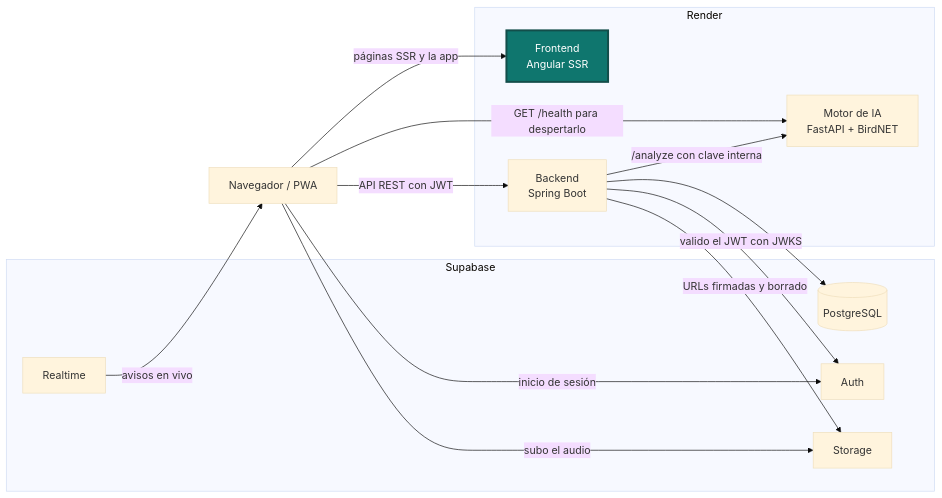
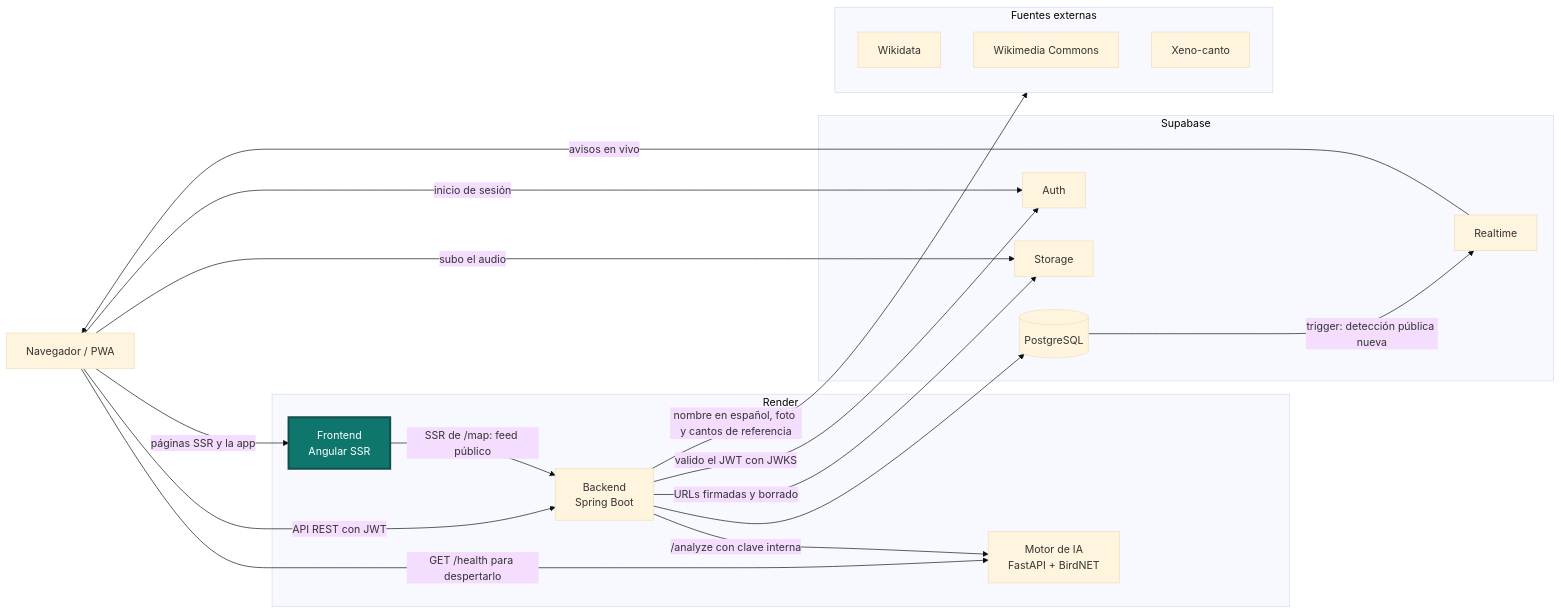
The first of 3 diagrams in README.md (solartedaniers/AlaSonora-Frontend), drawn with Mermaid (base theme) before and after one commit. The commit also changed other lines of this file, not shown here.

````diff
--- a/README.md
+++ b/README.md
@@ -63,27 +63,35 @@
 ```mermaid
 flowchart LR
   user["Navegador / PWA"]
   subgraph render["Render"]
     fe["Frontend<br/>Angular SSR"]
     be["Backend<br/>Spring Boot"]
     ia["Motor de IA<br/>FastAPI + BirdNET"]
   end
   subgraph supabase["Supabase"]
     db[("PostgreSQL")]
     auth["Auth"]
     storage["Storage"]
     realtime["Realtime"]
   end
+  subgraph external["Fuentes externas"]
+    wikidata["Wikidata"]
+    commons["Wikimedia Commons"]
+    xenocanto["Xeno-canto"]
+  end
   user -->|páginas SSR y la app| fe
   user -->|API REST con JWT| be
   user -->|"GET /health para despertarlo"| ia
   user -->|inicio de sesión| auth
   user -->|subo el audio| storage
   realtime -->|avisos en vivo| user
   be -->|"/analyze con clave interna"| ia
   be --> db
   be -->|valido el JWT con JWKS| auth
   be -->|URLs firmadas y borrado| storage
+  fe -->|"SSR de /map: feed público"| be
+  db -->|"trigger: detección pública nueva"| realtime
+  be -->|"nombre en español, foto y cantos de referencia"| external
   classDef current fill:#0f766e,stroke:#134e4a,stroke-width:3px,color:#ffffff
   class fe current
 ```
````
